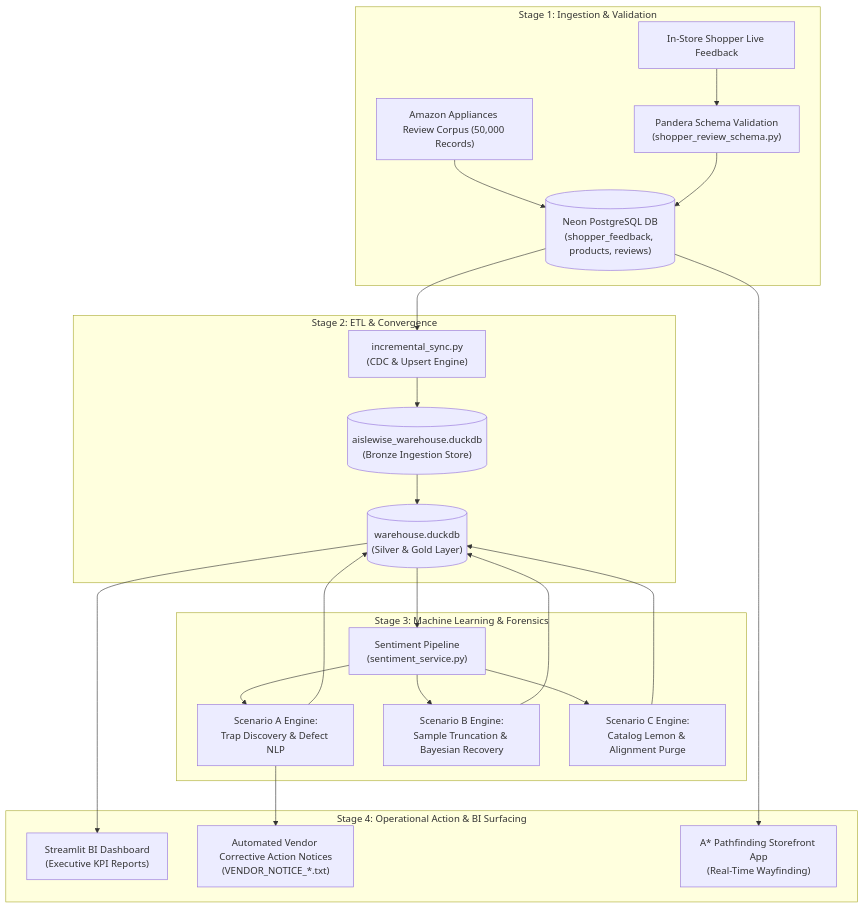
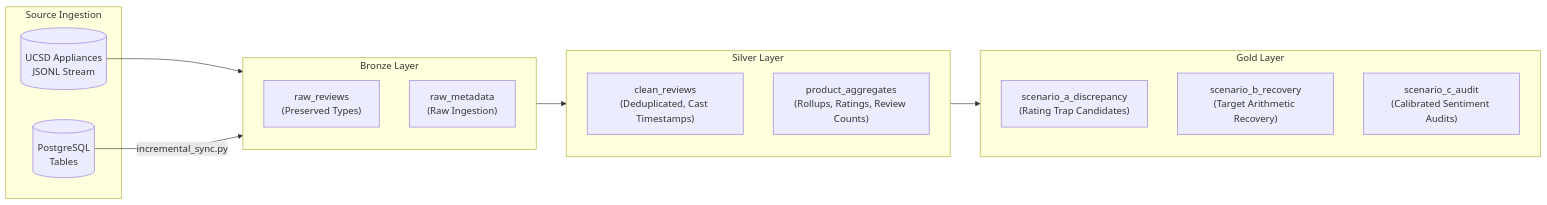
The second of 4 diagrams in README.md (poruri-santhosh/Aislewise-2), drawn with Mermaid before and after one commit. The commit also changed other lines of this file, not shown here.

Commit message:
feat: setup deployment guards, modular folders, and streamlit cloud config

````diff
--- a/README.md
+++ b/README.md
@@ -284,43 +122,28 @@
 ```mermaid
-flowchart TD
-    subgraph S1 ["Stage 1: Ingestion & Validation"]
-        InRaw["Amazon Appliances Review Corpus (50,000 Records)"]
-        InStore["In-Store Shopper Live Feedback"]
-        PanderaContract["Pandera Schema Validation\n(shopper_review_schema.py)"]
-        PostgresOLTP[("Neon PostgreSQL DB\n(shopper_feedback, products, reviews)")]
+flowchart LR
+    subgraph Ingestion ["Source Ingestion"]
+        RAW[("UCSD Appliances\nJSONL Stream")]
+        PG[("PostgreSQL\nTables")]
     end
 
-    subgraph S2 ["Stage 2: ETL & Convergence"]
-        SyncScript["incremental_sync.py\n(CDC & Upsert Engine)"]
-        DuckDBRaw[("aislewise_warehouse.duckdb\n(Bronze Ingestion Store)")]
-        DuckDBWarehouse[("warehouse.duckdb\n(Silver & Gold Layer)")]
+    subgraph Bronze ["Bronze Layer"]
+        B_Rev["raw_reviews\n(Preserved Types)"]
+        B_Meta["raw_metadata\n(Raw Ingestion)"]
     end
 
-    subgraph S3 ["Stage 3: Machine Learning & Forensics"]
-        ScikitPipeline["Sentiment Pipeline\n(sentiment_service.py)"]
-        ScenarioA["Scenario A Engine:\nTrap Discovery & Defect NLP"]
-        ScenarioB["Scenario B Engine:\nSample Truncation & Bayesian Recovery"]
-        ScenarioC["Scenario C Engine:\nCatalog Lemon & Alignment Purge"]
+    subgraph Silver ["Silver Layer"]
+        S_Clean["clean_reviews\n(Deduplicated, Cast Timestamps)"]
+        S_Feat["product_aggregates\n(Rollups, Ratings, Review Counts)"]
     end
 
-    subgraph S4 ["Stage 4: Operational Action & BI Surfacing"]
-        StreamlitBI["Streamlit BI Dashboard\n(Executive KPI Reports)"]
-        VendorNotices["Automated Vendor Corrective Action Notices\n(VENDOR_NOTICE_*.txt)"]
-        StoreNavigation["A* Pathfinding Storefront App\n(Real-Time Wayfinding)"]
+    subgraph Gold ["Gold Layer"]
+        G_A["scenario_a_discrepancy\n(Rating Trap Candidates)"]
+        G_B["scenario_b_recovery\n(Target Arithmetic Recovery)"]
+        G_C["scenario_c_audit\n(Calibrated Sentiment Audits)"]
     end
 
-    InRaw --> PostgresOLTP
-    InStore --> PanderaContract --> PostgresOLTP
-    PostgresOLTP --> SyncScript
-    SyncScript --> DuckDBRaw --> DuckDBWarehouse
-    DuckDBWarehouse --> ScikitPipeline
-    ScikitPipeline --> ScenarioA
-    ScikitPipeline --> ScenarioB
-    ScikitPipeline --> ScenarioC
-    ScenarioA --> DuckDBWarehouse
-    ScenarioB --> DuckDBWarehouse
-    ScenarioC --> DuckDBWarehouse
-    DuckDBWarehouse --> StreamlitBI
-    ScenarioA --> VendorNotices
-    PostgresOLTP --> StoreNavigation
+    RAW --> Bronze
+    PG -->|"incremental_sync.py"| Bronze
+    Bronze --> Silver
+    Silver --> Gold
 ```
````
